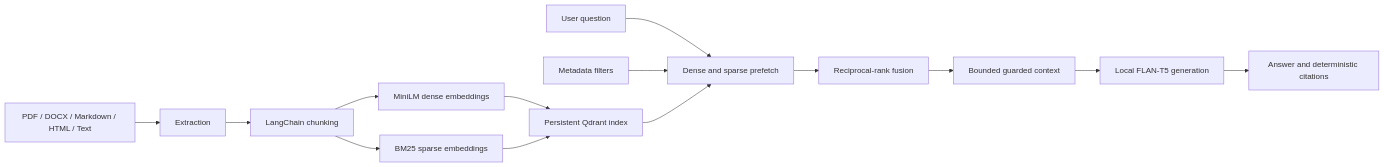
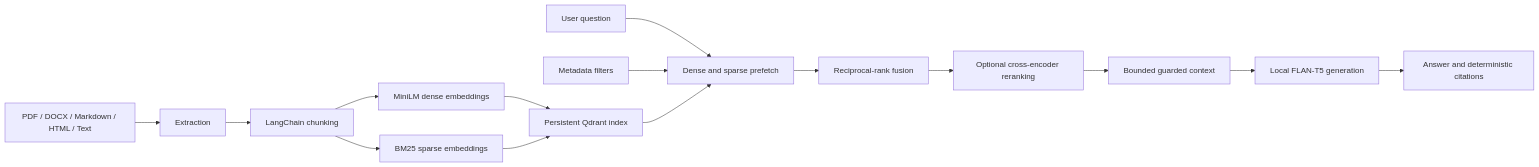
One commit to Mojobra/rag-pipeline changed the diagram in README.md. Above: the diagram before and after it, drawn with Mermaid. The commit also changed other lines of this file and 7 other files, not shown here.

Commit message:
Add local cross-encoder reranking

````diff
--- a/README.md
+++ b/README.md
@@ -37,16 +38,17 @@
 ```mermaid
 flowchart LR
     A["PDF / DOCX / Markdown / HTML / Text"] --> B["Extraction"]
     B --> C["LangChain chunking"]
     C --> D["MiniLM dense embeddings"]
     C --> S["BM25 sparse embeddings"]
     D --> E["Persistent Qdrant index"]
     S --> E
     Q["User question"] --> F["Dense and sparse prefetch"]
     M["Metadata filters"] --> F
     E --> F
     F --> R["Reciprocal-rank fusion"]
-    R --> G["Bounded guarded context"]
+    R --> X["Optional cross-encoder reranking"]
+    X --> G["Bounded guarded context"]
     G --> H["Local FLAN-T5 generation"]
     H --> I["Answer and deterministic citations"]
 ```
````
